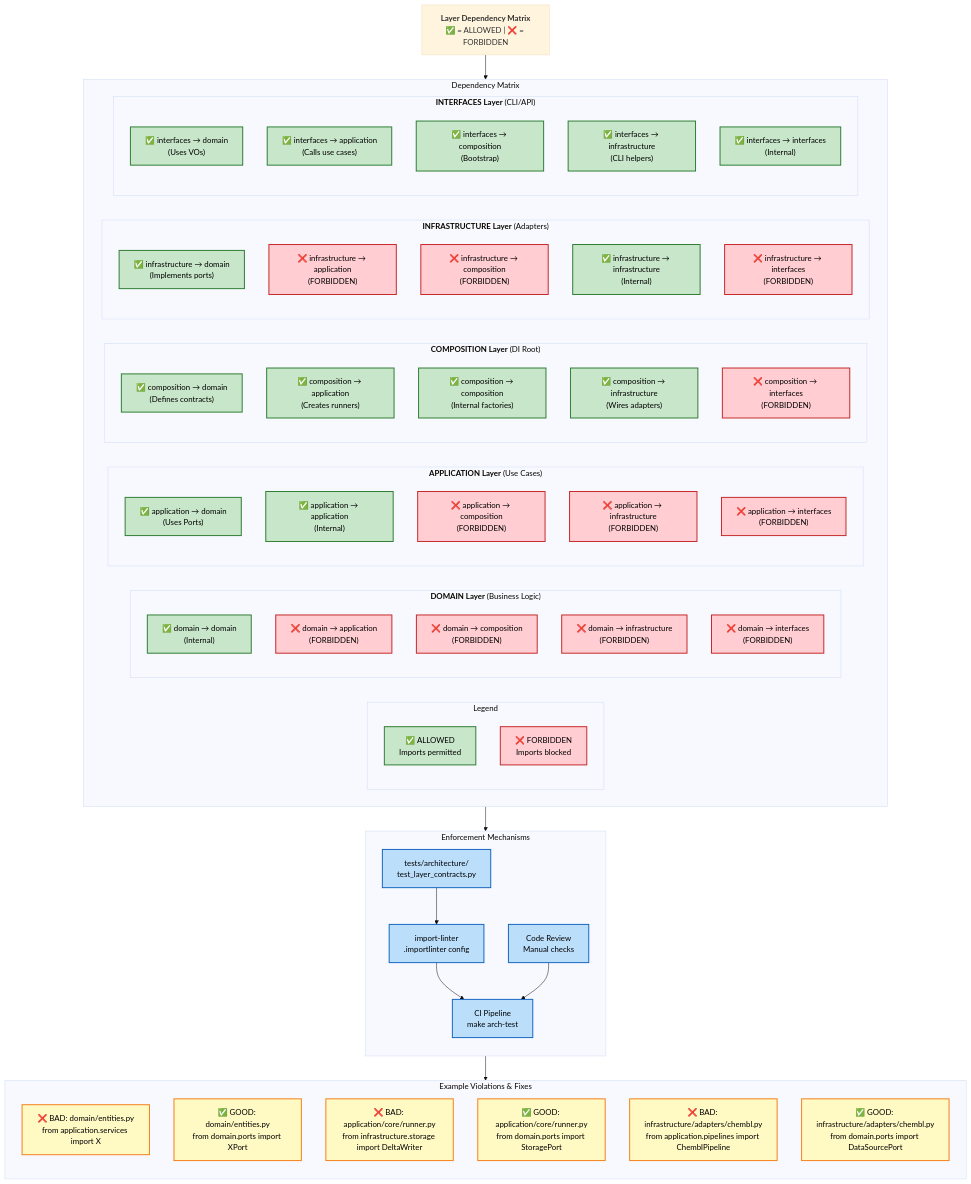
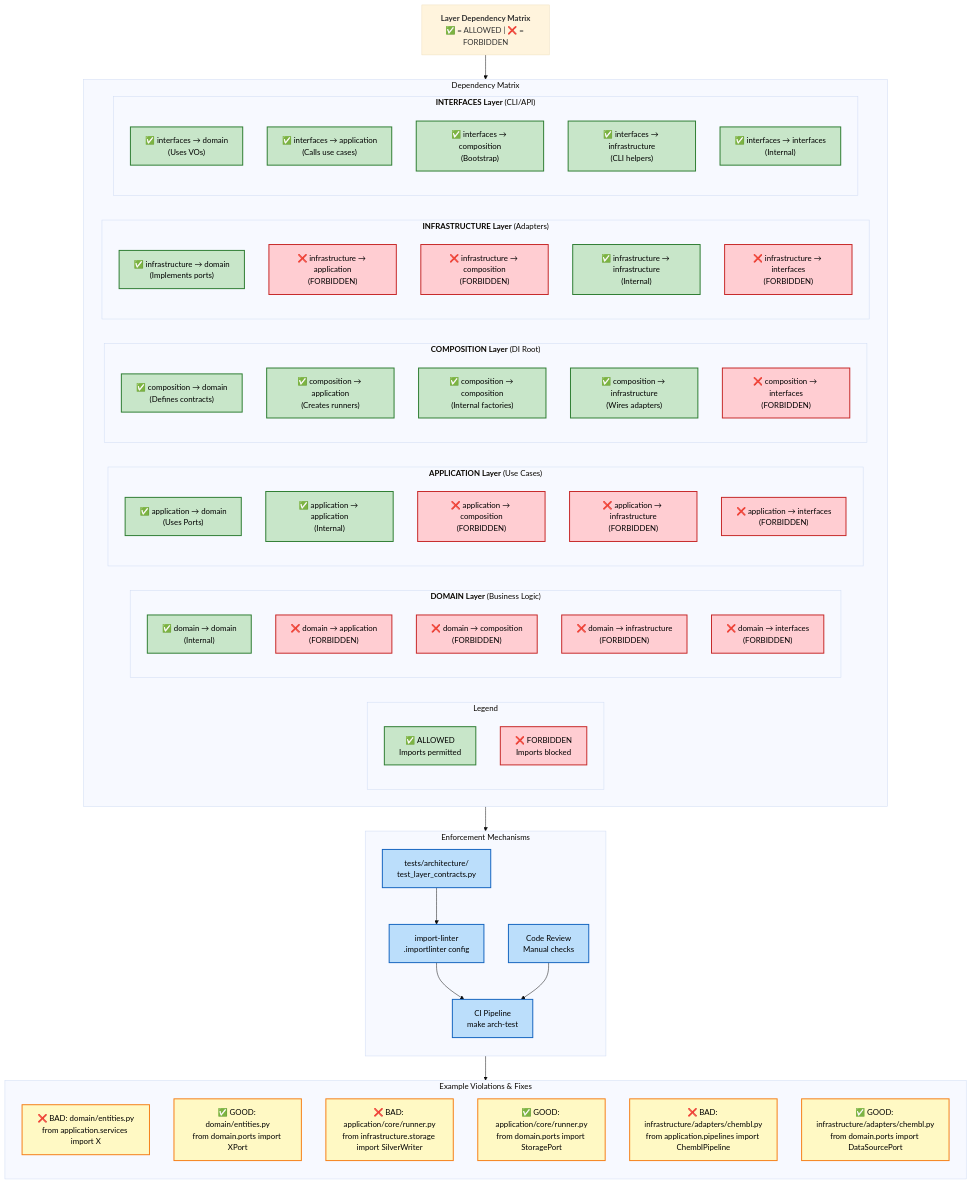
Before and after one commit to SatoryKono/BioactivityDataAcquisition: the diagram in docs/diagrams/mermaid/04_layer_dependency_matrix.mmd, drawn with Mermaid. The commit also changed 2 other files, not shown here.

Commit message:
docs(architecture): rename silver writer diagram

```diff
--- a/docs/diagrams/mermaid/04_layer_dependency_matrix.mmd
+++ b/docs/diagrams/mermaid/04_layer_dependency_matrix.mmd
@@ -1,92 +1,92 @@
 %%{init: {'theme':'base', 'themeVariables': { 'fontSize':'16px'}}}%%
 graph TD
     Title["<b>Layer Dependency Matrix</b><br/>✅ = ALLOWED | ❌ = FORBIDDEN"]
 
     subgraph matrix["Dependency Matrix"]
         direction LR
 
         subgraph legend["Legend"]
             Allowed["✅ ALLOWED<br/>Imports permitted"]
             Forbidden["❌ FORBIDDEN<br/>Imports blocked"]
         end
 
         subgraph domain_row["<b>DOMAIN Layer</b> (Business Logic)"]
             D_D["✅ domain → domain<br/>(Internal)"]
             D_A["❌ domain → application<br/>(FORBIDDEN)"]
             D_C["❌ domain → composition<br/>(FORBIDDEN)"]
             D_I["❌ domain → infrastructure<br/>(FORBIDDEN)"]
             D_IF["❌ domain → interfaces<br/>(FORBIDDEN)"]
         end
 
         subgraph app_row["<b>APPLICATION Layer</b> (Use Cases)"]
             A_D["✅ application → domain<br/>(Uses Ports)"]
             A_A["✅ application → application<br/>(Internal)"]
             A_C["❌ application → composition<br/>(FORBIDDEN)"]
             A_I["❌ application → infrastructure<br/>(FORBIDDEN)"]
             A_IF["❌ application → interfaces<br/>(FORBIDDEN)"]
         end
 
         subgraph comp_row["<b>COMPOSITION Layer</b> (DI Root)"]
             C_D["✅ composition → domain<br/>(Defines contracts)"]
             C_A["✅ composition → application<br/>(Creates runners)"]
             C_C["✅ composition → composition<br/>(Internal factories)"]
             C_I["✅ composition → infrastructure<br/>(Wires adapters)"]
             C_IF["❌ composition → interfaces<br/>(FORBIDDEN)"]
         end
 
         subgraph infra_row["<b>INFRASTRUCTURE Layer</b> (Adapters)"]
             I_D["✅ infrastructure → domain<br/>(Implements ports)"]
             I_A["❌ infrastructure → application<br/>(FORBIDDEN)"]
             I_C["❌ infrastructure → composition<br/>(FORBIDDEN)"]
             I_I["✅ infrastructure → infrastructure<br/>(Internal)"]
             I_IF["❌ infrastructure → interfaces<br/>(FORBIDDEN)"]
         end
 
         subgraph interface_row["<b>INTERFACES Layer</b> (CLI/API)"]
             IF_D["✅ interfaces → domain<br/>(Uses VOs)"]
             IF_A["✅ interfaces → application<br/>(Calls use cases)"]
             IF_C["✅ interfaces → composition<br/>(Bootstrap)"]
             IF_I["✅ interfaces → infrastructure<br/>(CLI helpers)"]
             IF_IF["✅ interfaces → interfaces<br/>(Internal)"]
         end
     end
 
     subgraph enforcement["Enforcement Mechanisms"]
         direction TB
 
         ArchTests["tests/architecture/<br/>test_layer_contracts.py"]
         ImportLinter["import-linter<br/>.importlinter config"]
         CodeReview["Code Review<br/>Manual checks"]
         CI["CI Pipeline<br/>make arch-test"]
 
         ArchTests --> ImportLinter
         ImportLinter --> CI
         CodeReview --> CI
     end
 
     subgraph examples["Example Violations & Fixes"]
         direction TB
 
         Violation1["❌ BAD: domain/entities.py<br/>from application.services import X"]
         Fix1["✅ GOOD: domain/entities.py<br/>from domain.ports import XPort"]
 
-        Violation2["❌ BAD: application/core/runner.py<br/>from infrastructure.storage import DeltaWriter"]
+        Violation2["❌ BAD: application/core/runner.py<br/>from infrastructure.storage import SilverWriter"]
         Fix2["✅ GOOD: application/core/runner.py<br/>from domain.ports import StoragePort"]
 
         Violation3["❌ BAD: infrastructure/adapters/chembl.py<br/>from application.pipelines import ChemblPipeline"]
         Fix3["✅ GOOD: infrastructure/adapters/chembl.py<br/>from domain.ports import DataSourcePort"]
     end
 
     Title --> matrix
     matrix --> enforcement
     enforcement --> examples
 
     classDef allowedStyle fill:#c8e6c9,stroke:#2e7d32,stroke-width:2px,color:#000
     classDef forbiddenStyle fill:#ffcdd2,stroke:#c62828,stroke-width:2px,color:#000
     classDef enforceStyle fill:#bbdefb,stroke:#1565c0,stroke-width:2px,color:#000
     classDef exampleStyle fill:#fff9c4,stroke:#f57f17,stroke-width:2px,color:#000
 
     class D_D,A_D,A_A,C_D,C_A,C_C,C_I,I_D,I_I,IF_D,IF_A,IF_C,IF_I,IF_IF,Allowed allowedStyle
     class D_A,D_C,D_I,D_IF,A_C,A_I,A_IF,C_IF,I_A,I_C,I_IF,Forbidden forbiddenStyle
     class ArchTests,ImportLinter,CodeReview,CI enforceStyle
     class Violation1,Violation2,Violation3,Fix1,Fix2,Fix3 exampleStyle
```
